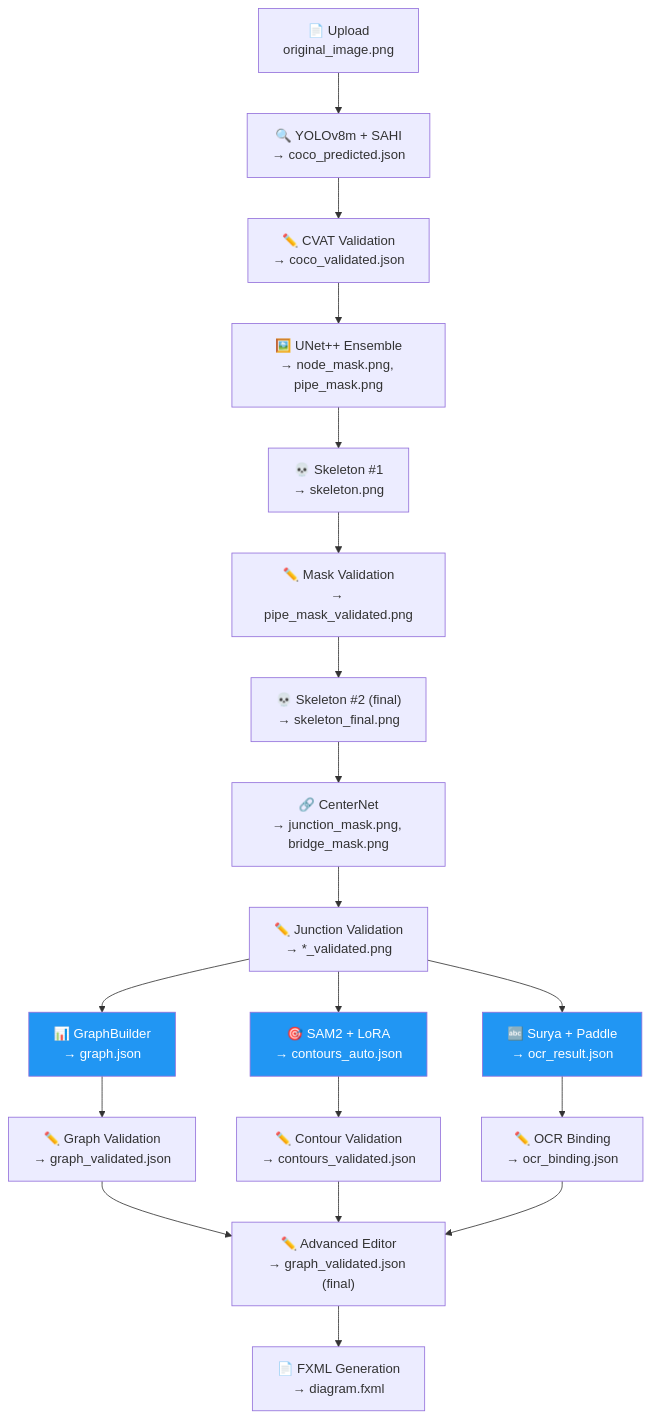
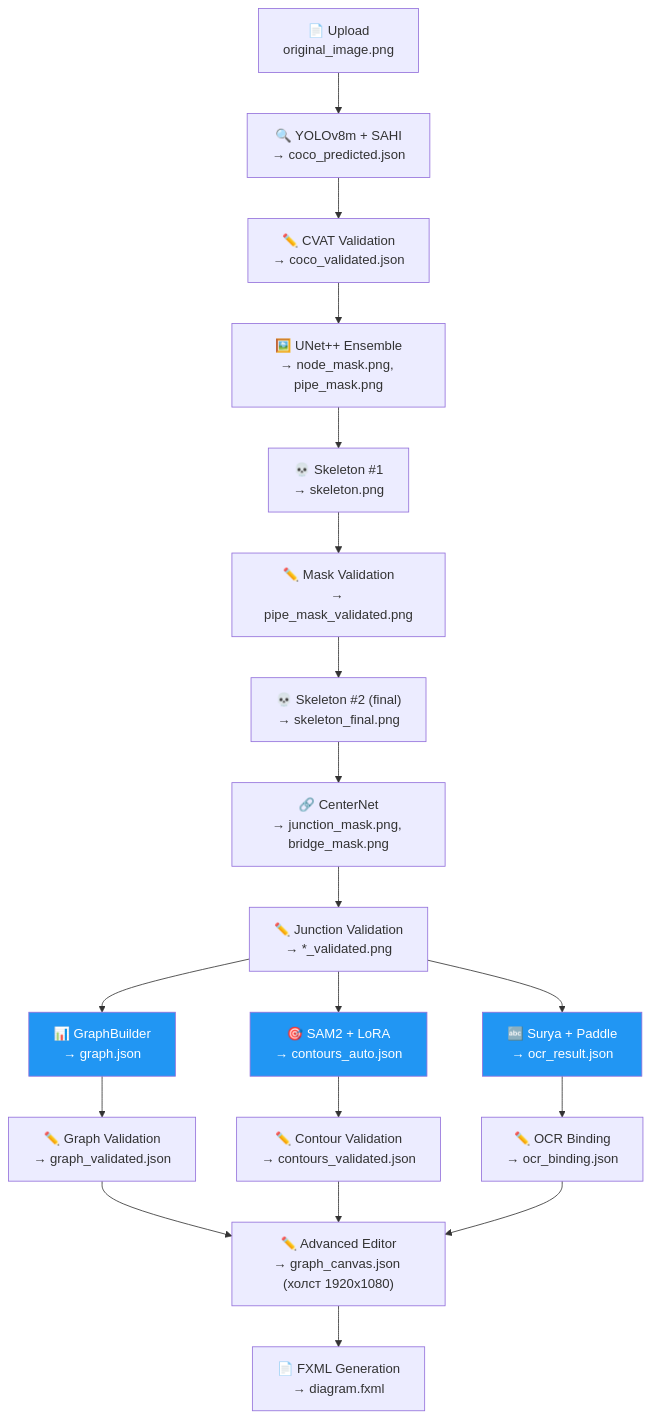
One commit to gromli66/pid-pipeline changed the diagram in docs/ARCHITECTURE.md. Above: the diagram before and after it, drawn with Mermaid. The commit also changed other lines of this file and 7 other files, not shown here.

````diff
--- a/docs/ARCHITECTURE.md
+++ b/docs/ARCHITECTURE.md
@@ -59,43 +59,43 @@
 ```mermaid
 flowchart TD
     UPLOAD["📄 Upload<br/>original_image.png"]
     YOLO["🔍 YOLOv8m + SAHI<br/>→ coco_predicted.json"]
     CVAT["✏️ CVAT Validation<br/>→ coco_validated.json"]
     SEG["🖼️ UNet++ Ensemble<br/>→ node_mask.png, pipe_mask.png"]
     SKEL1["💀 Skeleton #1<br/>→ skeleton.png"]
     VALMASK["✏️ Mask Validation<br/>→ pipe_mask_validated.png"]
     SKEL2["💀 Skeleton #2 (final)<br/>→ skeleton_final.png"]
     JUNC["🔗 CenterNet<br/>→ junction_mask.png, bridge_mask.png"]
     VALJUNC["✏️ Junction Validation<br/>→ *_validated.png"]
 
     GRAPH["📊 GraphBuilder<br/>→ graph.json"]
     SAM2["🎯 SAM2 + LoRA<br/>→ contours_auto.json"]
     OCR["🔤 Surya + Paddle<br/>→ ocr_result.json"]
 
     VALGRAPH["✏️ Graph Validation<br/>→ graph_validated.json"]
     VALCONTOUR["✏️ Contour Validation<br/>→ contours_validated.json"]
     OCRBIND["✏️ OCR Binding<br/>→ ocr_binding.json"]
 
-    EDITGRAPH["✏️ Advanced Editor<br/>→ graph_validated.json (final)"]
+    EDITGRAPH["✏️ Advanced Editor<br/>→ graph_canvas.json (холст 1920x1080)"]
     FXML["📄 FXML Generation<br/>→ diagram.fxml"]
 
     UPLOAD --> YOLO --> CVAT --> SEG --> SKEL1 --> VALMASK --> SKEL2 --> JUNC --> VALJUNC
 
     VALJUNC --> GRAPH
     VALJUNC --> SAM2
     VALJUNC --> OCR
 
     GRAPH --> VALGRAPH
     SAM2 --> VALCONTOUR
     OCR --> OCRBIND
 
     VALGRAPH --> EDITGRAPH
     VALCONTOUR --> EDITGRAPH
     OCRBIND --> EDITGRAPH
 
     EDITGRAPH --> FXML
 
     style GRAPH fill:#2196F3,color:#fff
     style SAM2 fill:#2196F3,color:#fff
     style OCR fill:#2196F3,color:#fff
 ```
````
